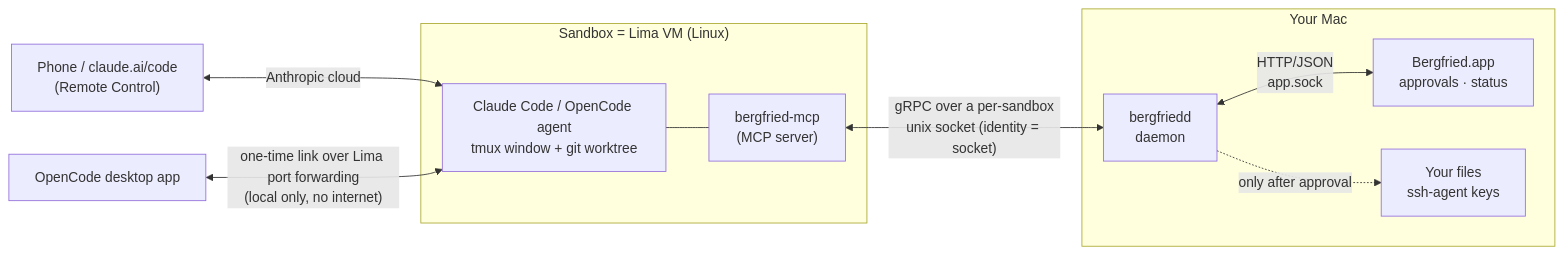
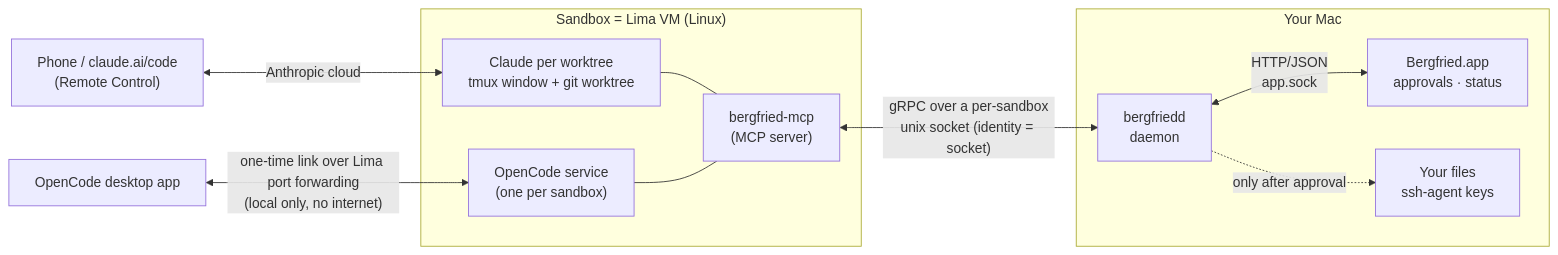
One commit to DevertNet/bergfried changed the first of 2 diagrams in docs/ARCHITECTURE.md. Above: the diagram before and after it, drawn with Mermaid. The commit also changed other lines of this file and 56 other files, not shown here.

First line of the commit message:
Rename agents to worktrees and separate Claude from OpenCode

````diff
--- a/docs/ARCHITECTURE.md
+++ b/docs/ARCHITECTURE.md
@@ -6,20 +6,22 @@
 ```mermaid
 flowchart LR
   phone["Phone / claude.ai/code<br/>(Remote Control)"]
   desktop["OpenCode desktop app"]
   subgraph vm["Sandbox = Lima VM (Linux)"]
-    agent["Claude Code / OpenCode agent<br/>tmux window + git worktree"]
+    claude["Claude per worktree<br/>tmux window + git worktree"]
+    oc["OpenCode service<br/>(one per sandbox)"]
     mcp["bergfried-mcp<br/>(MCP server)"]
-    agent --- mcp
+    claude --- mcp
+    oc --- mcp
   end
   subgraph mac["Your Mac"]
     daemon["bergfriedd<br/>daemon"]
     app["Bergfried.app<br/>approvals · status"]
     data["Your files<br/>ssh-agent keys"]
     daemon <-->|"HTTP/JSON<br/>app.sock"| app
     daemon -.->|"only after approval"| data
   end
-  phone <-->|"Anthropic cloud"| agent
-  desktop <-->|"one-time link over Lima port forwarding<br/>(local only, no internet)"| agent
+  phone <-->|"Anthropic cloud"| claude
+  desktop <-->|"one-time link over Lima port forwarding<br/>(local only, no internet)"| oc
   mcp <-->|"gRPC over a per-sandbox<br/>unix socket (identity = socket)"| daemon
 ```
````
